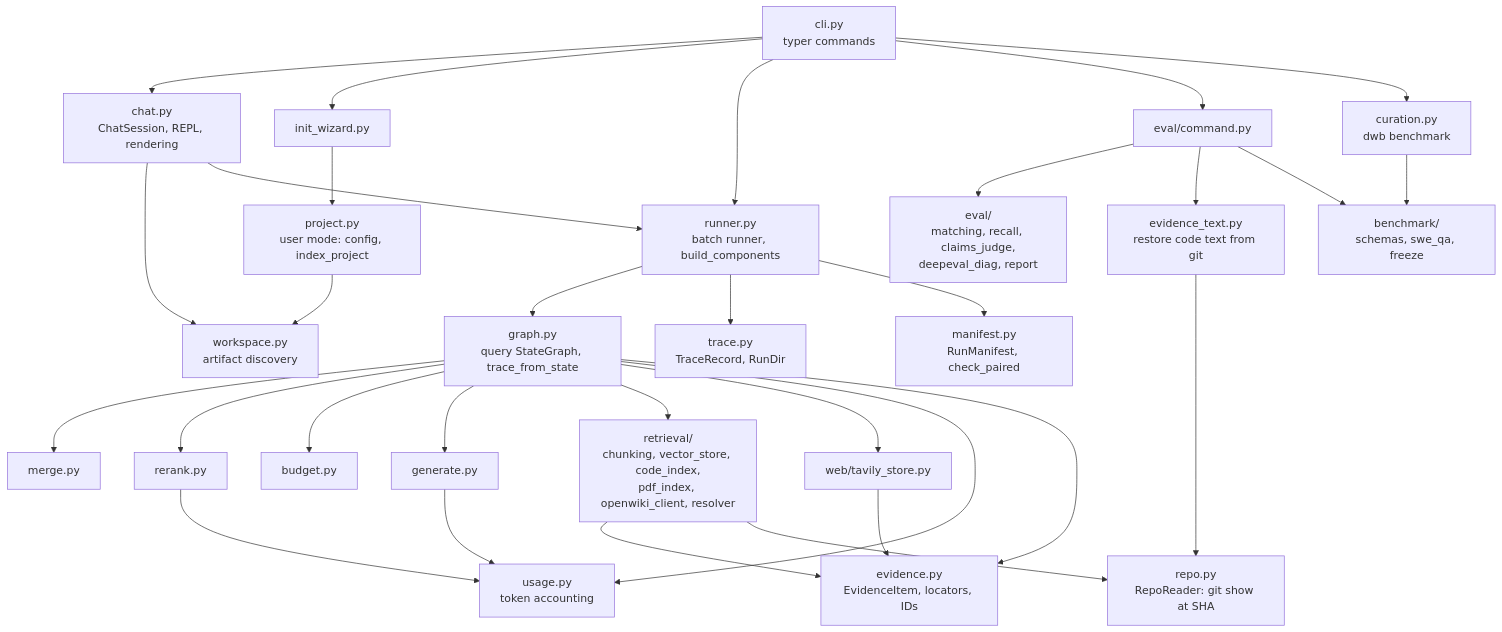
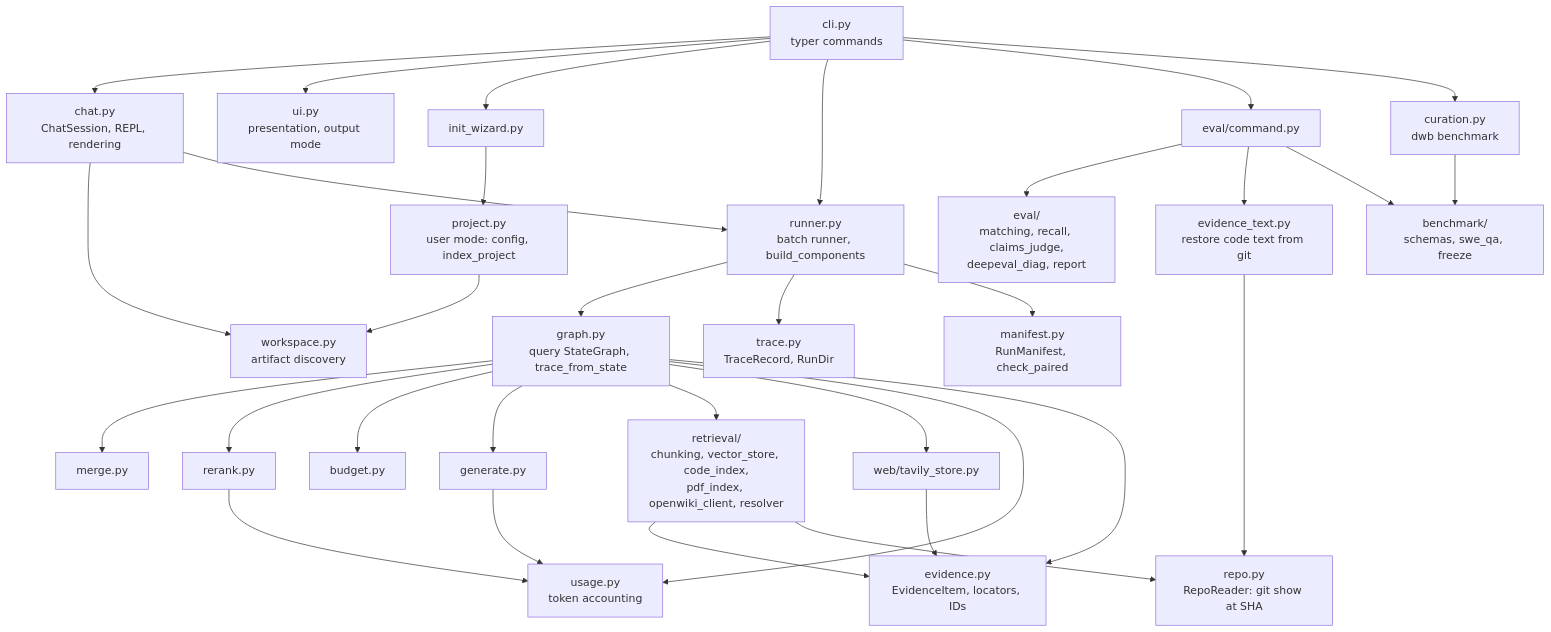
The third of 9 diagrams in docs/architecture.md (andresdp/design-wiki-bridge), drawn with Mermaid before and after one commit. The commit also changed other lines of this file and 5 other files, not shown here.

First line of the commit message:
refactor(cli): add dwb.ui presentation layer and one exception boundary

````diff
--- a/docs/architecture.md
+++ b/docs/architecture.md
@@ -109,24 +110,25 @@
 ```mermaid
 flowchart TB
     cli["cli.py<br/>typer commands"] --> chat["chat.py<br/>ChatSession, REPL, rendering"]
+    cli --> ui["ui.py<br/>presentation, output mode"]
     cli --> init["init_wizard.py"] --> project["project.py<br/>user mode: config, index_project"]
     cli --> runner["runner.py<br/>batch runner, build_components"]
     cli --> evalc["eval/command.py"]
     cli --> curation["curation.py<br/>dwb benchmark"]
     curation --> bench
     chat --> workspace["workspace.py<br/>artifact discovery"]
     project --> workspace
     chat --> runner
     runner --> qgraph["graph.py<br/>query StateGraph, trace_from_state"]
     qgraph --> merge["merge.py"] & rerank["rerank.py"] & budget["budget.py"] & generate["generate.py"]
     qgraph --> retrieval["retrieval/<br/>chunking, vector_store, code_index,<br/>pdf_index, openwiki_client, resolver"]
     qgraph --> web["web/tavily_store.py"]
     qgraph & rerank & generate --> usage["usage.py<br/>token accounting"]
     qgraph & retrieval & web --> evidence["evidence.py<br/>EvidenceItem, locators, IDs"]
     runner --> trace["trace.py<br/>TraceRecord, RunDir"] & manifest["manifest.py<br/>RunManifest, check_paired"]
     evalc --> evalpkg["eval/<br/>matching, recall, claims_judge,<br/>deepeval_diag, report"]
     evalc --> evtext["evidence_text.py<br/>restore code text from git"]
     evalc --> bench["benchmark/<br/>schemas, swe_qa, freeze"]
     retrieval --> repo["repo.py<br/>RepoReader: git show at SHA"]
     evtext --> repo
 ```
````
